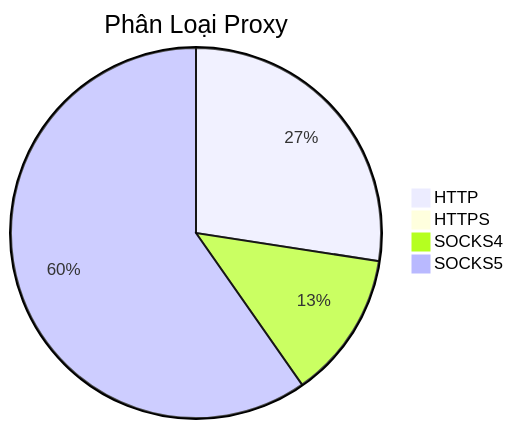
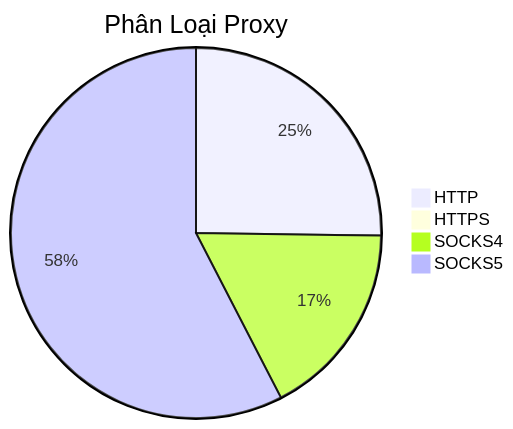
Before and after one commit to Ciara-12/PROXY-free: the diagram in README.md, drawn with Mermaid. The commit also changed other lines of this file and 3 other files, not shown here.

````diff
--- a/README.md
+++ b/README.md
@@ -26,7 +26,7 @@
 ```mermaid
 pie title Phân Loại Proxy
-    "HTTP" : 397
+    "HTTP" : 346
     "HTTPS" : 0
-    "SOCKS4" : 186
-    "SOCKS5" : 864
+    "SOCKS4" : 236
+    "SOCKS5" : 790
 ```
````
